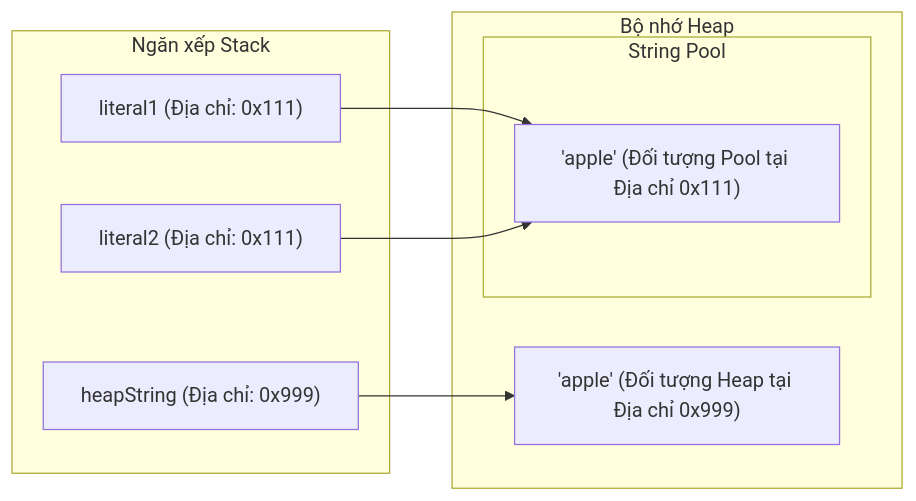
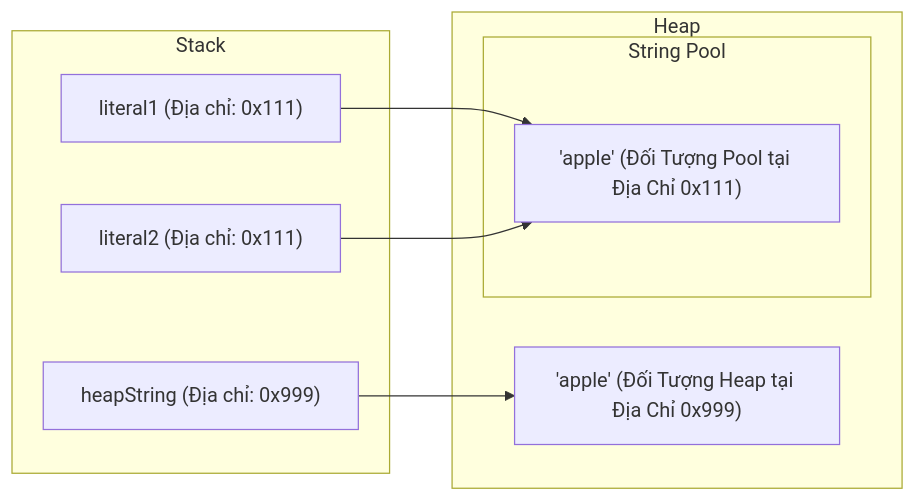
Before and after one commit to PhuThien2005/theoretical-of-java-core: the fourth of 4 diagrams in vi/08-string/theory/01-string-basics.md, drawn with Mermaid. The commit also changed other lines of this file and 229 other files, not shown here.

````diff
--- a/vi/08-string/theory/01-string-basics.md
+++ b/vi/08-string/theory/01-string-basics.md
@@ -219,17 +192,17 @@
 ```mermaid
 graph LR
-    subgraph Stack [Ngăn xếp Stack]
+    subgraph Stack
         ref1["literal1 (Địa chỉ: 0x111)"]
         ref2["literal2 (Địa chỉ: 0x111)"]
         ref3["heapString (Địa chỉ: 0x999)"]
     end
-    subgraph Heap [Bộ nhớ Heap]
-        subgraph String Pool [String Pool]
-            PoolValue["'apple' (Đối tượng Pool tại Địa chỉ 0x111)"]
+    subgraph Heap
+        subgraph String Pool ["String Pool"]
+            PoolValue["'apple' (Đối Tượng Pool tại Địa Chỉ 0x111)"]
         end
-        HeapValue["'apple' (Đối tượng Heap tại Địa chỉ 0x999)"]
+        HeapValue["'apple' (Đối Tượng Heap tại Địa Chỉ 0x999)"]
     end
     ref1 --> PoolValue
     ref2 --> PoolValue
     ref3 --> HeapValue
 ```
````
